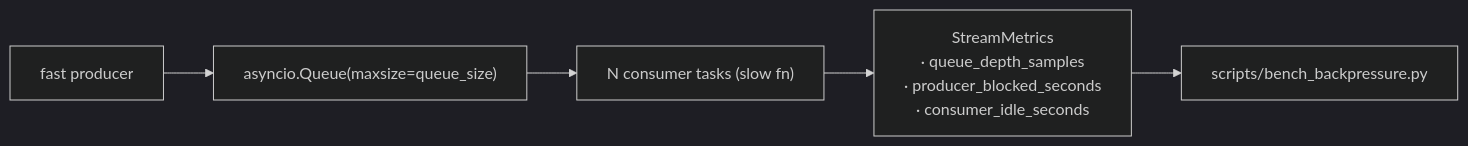
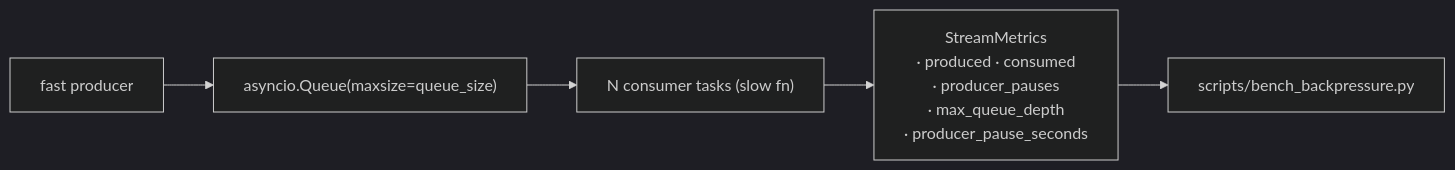
The fourth of 6 diagrams in docs/architecture.md (jt-mchorse/python-async-llm-pipelines), drawn with Mermaid (dark theme) before and after one commit. The commit also changed other lines of this file and 3 other files, not shown here.

First line of the commit message:
fix(architecture): real StreamMetrics fields + PipelineTimeoutError in mermaid + lock tests (#80) (#81)

````diff
--- a/docs/architecture.md
+++ b/docs/architecture.md
@@ -119,7 +119,7 @@
 ```mermaid
 flowchart LR
     P["fast producer"] --> Q["asyncio.Queue(maxsize=queue_size)"]
     Q --> C["N consumer tasks (slow fn)"]
-    C --> M["StreamMetrics<br/>· queue_depth_samples<br/>· producer_blocked_seconds<br/>· consumer_idle_seconds"]
+    C --> M["StreamMetrics<br/>· produced · consumed<br/>· producer_pauses<br/>· max_queue_depth<br/>· producer_pause_seconds"]
     M --> BENCH["scripts/bench_backpressure.py"]
 ```
````
